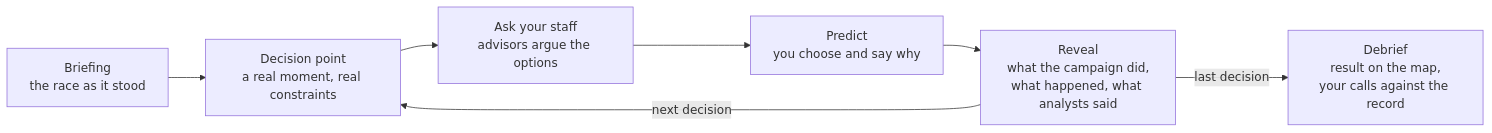
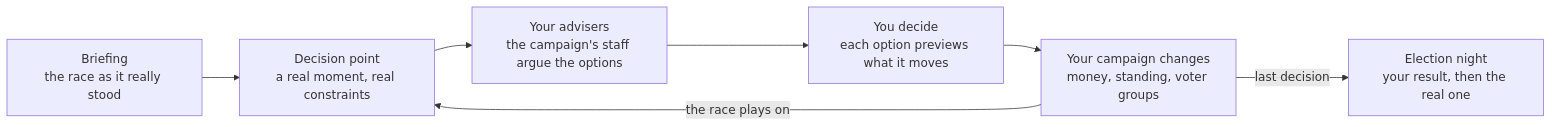
Before and after one commit to Devaj6190/campaign_academy: the diagram in README.md, drawn with Mermaid. The commit also changed other lines of this file and 9 other files, not shown here.

````diff
--- a/README.md
+++ b/README.md
@@ -29,9 +29,9 @@
 ```mermaid
 flowchart LR
-    B[Briefing<br/>the race as it stood] --> D[Decision point<br/>a real moment, real constraints]
-    D --> A[Ask your staff<br/>advisors argue the options]
-    A --> P[Predict<br/>you choose and say why]
-    P --> R[Reveal<br/>what the campaign did,<br/>what happened, what analysts said]
-    R -->|next decision| D
-    R -->|last decision| F[Debrief<br/>result on the map,<br/>your calls against the record]
+    B[Briefing<br/>the race as it really stood] --> D[Decision point<br/>a real moment, real constraints]
+    D --> A[Your advisers<br/>the campaign's staff argue the options]
+    A --> P[You decide<br/>each option previews what it moves]
+    P --> W[Your campaign changes<br/>money, standing, voter groups]
+    W -->|the race plays on| D
+    W -->|last decision| E[Election night<br/>your result, then the real one]
 ```
````
